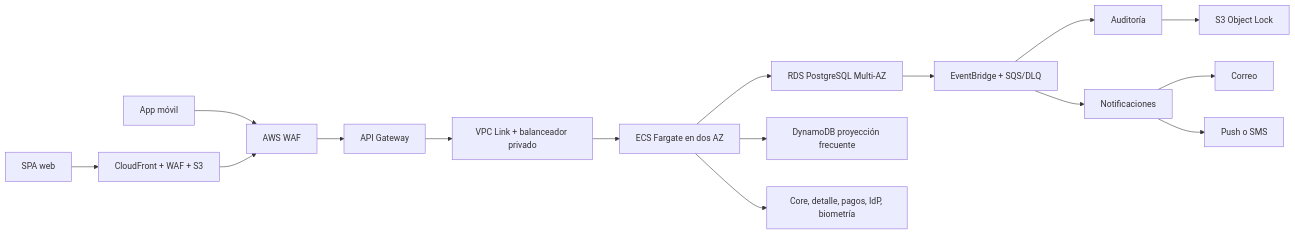
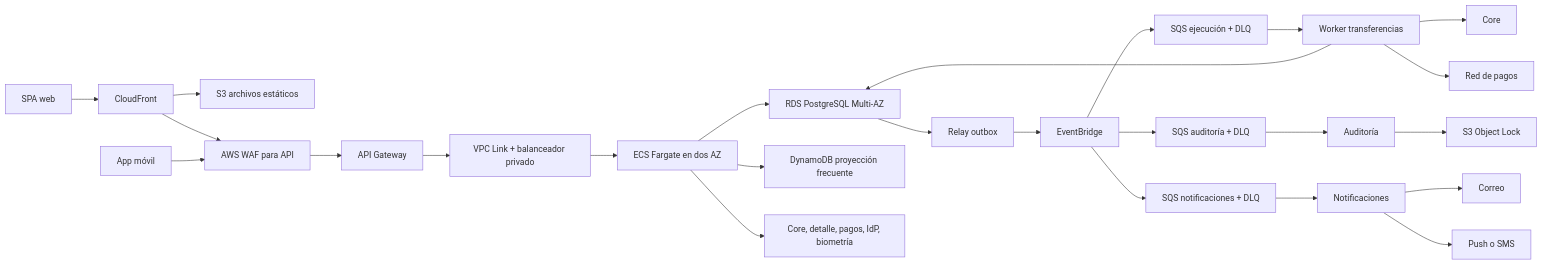
One commit to LeirBaGMC/bp-arquitectura-banca-digital changed the diagram in docs/diagramas/contenedores-aws.mmd. Above: the diagram before and after it, drawn with Mermaid. The commit also changed 147 other files, not shown here.

Commit message:
Complete MVP audit and architecture report

```diff
--- a/docs/diagramas/contenedores-aws.mmd
+++ b/docs/diagramas/contenedores-aws.mmd
@@ -1,16 +1,25 @@
 flowchart LR
-    SPA[SPA web] --> EDGE[CloudFront + WAF + S3]
-    APP[App móvil] --> WAF[AWS WAF]
-    EDGE --> WAF
+    SPA[SPA web] --> CF[CloudFront]
+    CF --> S3[S3 archivos estáticos]
+    CF --> WAF[AWS WAF para API]
+    APP[App móvil] --> WAF
     WAF --> API[API Gateway]
     API --> LINK[VPC Link + balanceador privado]
     LINK --> SERVICES[ECS Fargate en dos AZ]
     SERVICES --> RDS[RDS PostgreSQL Multi-AZ]
     SERVICES --> READ[DynamoDB proyección frecuente]
-    RDS --> BUS[EventBridge + SQS/DLQ]
-    BUS --> AUDIT[Auditoría]
-    BUS --> NOTIFY[Notificaciones]
+    RDS --> RELAY[Relay outbox]
+    RELAY --> BUS[EventBridge]
+    BUS --> QTRANSFER[SQS ejecución + DLQ]
+    BUS --> QAUDIT[SQS auditoría + DLQ]
+    BUS --> QNOTIFY[SQS notificaciones + DLQ]
+    QTRANSFER --> WORKER[Worker transferencias]
+    WORKER --> CORE[Core]
+    WORKER --> RAIL[Red de pagos]
+    WORKER --> RDS
+    QAUDIT --> AUDIT[Auditoría]
+    QNOTIFY --> NOTIFY[Notificaciones]
     AUDIT --> ARCHIVE[S3 Object Lock]
     NOTIFY --> EMAIL[Correo]
     NOTIFY --> PUSH[Push o SMS]
     SERVICES --> EXT[Core, detalle, pagos, IdP, biometría]
```
